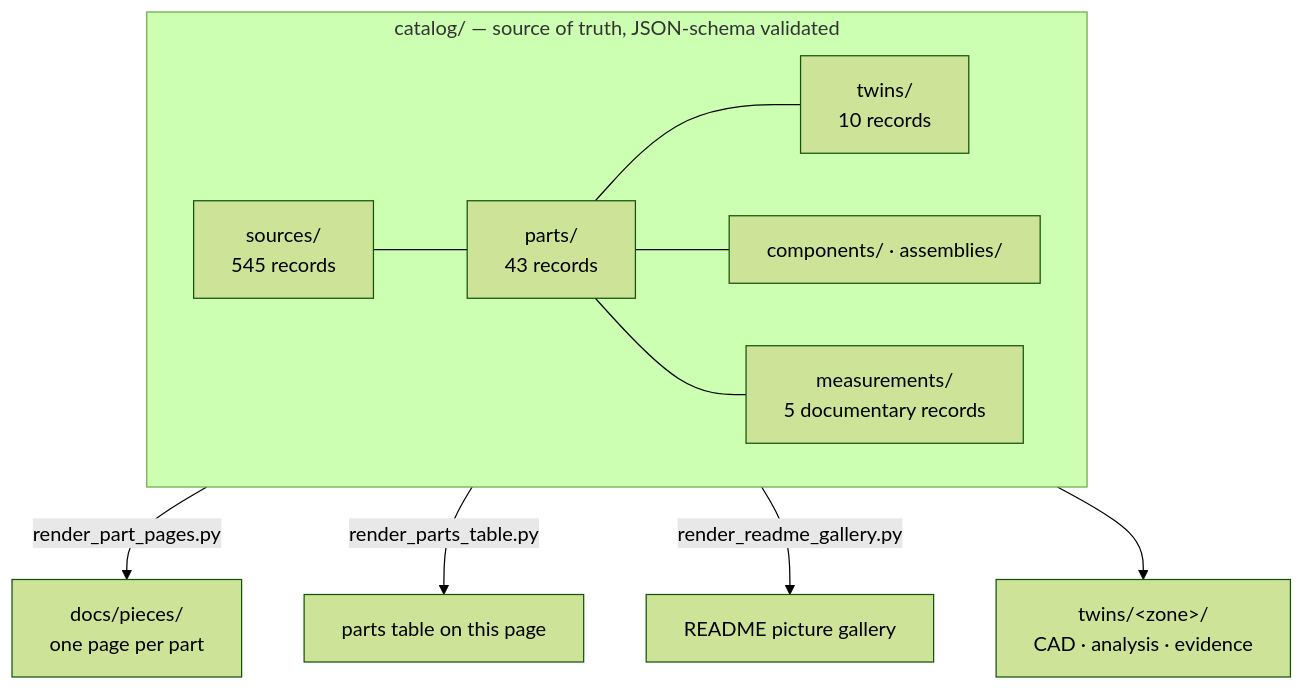
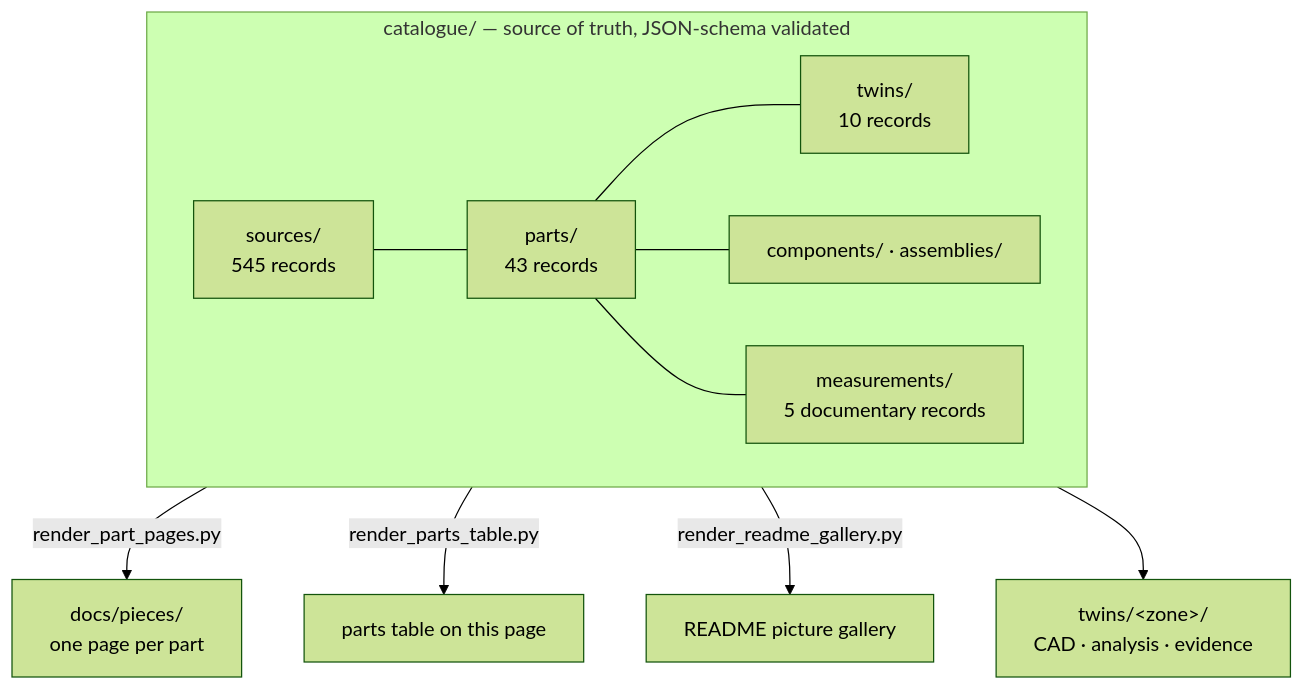
One commit to cluster2600/porscheparts changed the fifth of 5 diagrams in docs/ENGINEERING_OVERVIEW.md. Above: the diagram before and after it, drawn with Mermaid (forest theme). The commit also changed other lines of this file and 480 other files, not shown here.

````diff
--- a/docs/ENGINEERING_OVERVIEW.md
+++ b/docs/ENGINEERING_OVERVIEW.md
@@ -709,14 +709,14 @@
 ```mermaid
 flowchart TB
-    subgraph catalog["catalog/ — source of truth, JSON-schema validated"]
+    subgraph catalog["catalogue/ — source of truth, JSON-schema validated"]
       direction LR
       src["sources/<br/>545 records"] --- prt["parts/<br/>43 records"]
       prt --- tw["twins/<br/>10 records"]
       prt --- cmp["components/ · assemblies/"]
       prt --- mea["measurements/<br/>5 documentary records"]
     end
     prt -- "render_part_pages.py" --> pages["docs/pieces/<br/>one page per part"]
     prt -- "render_parts_table.py" --> table["parts table on this page"]
     prt -- "render_readme_gallery.py" --> gallery["README picture gallery"]
     tw --> twins["twins/&lt;zone&gt;/<br/>CAD · analysis · evidence"]
 ```
````
